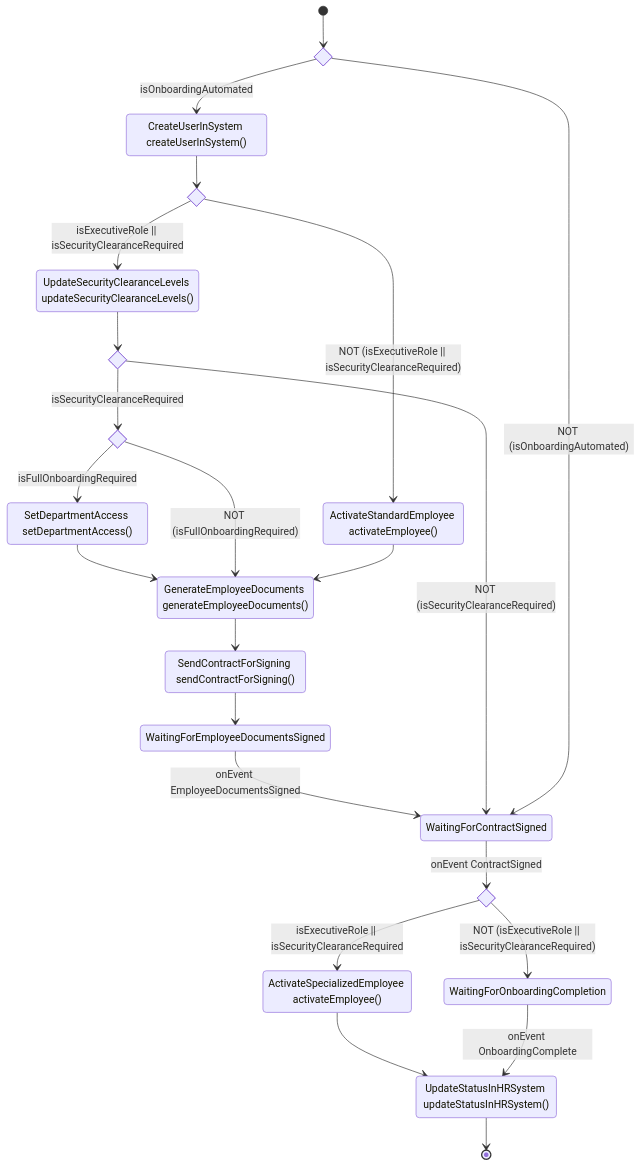
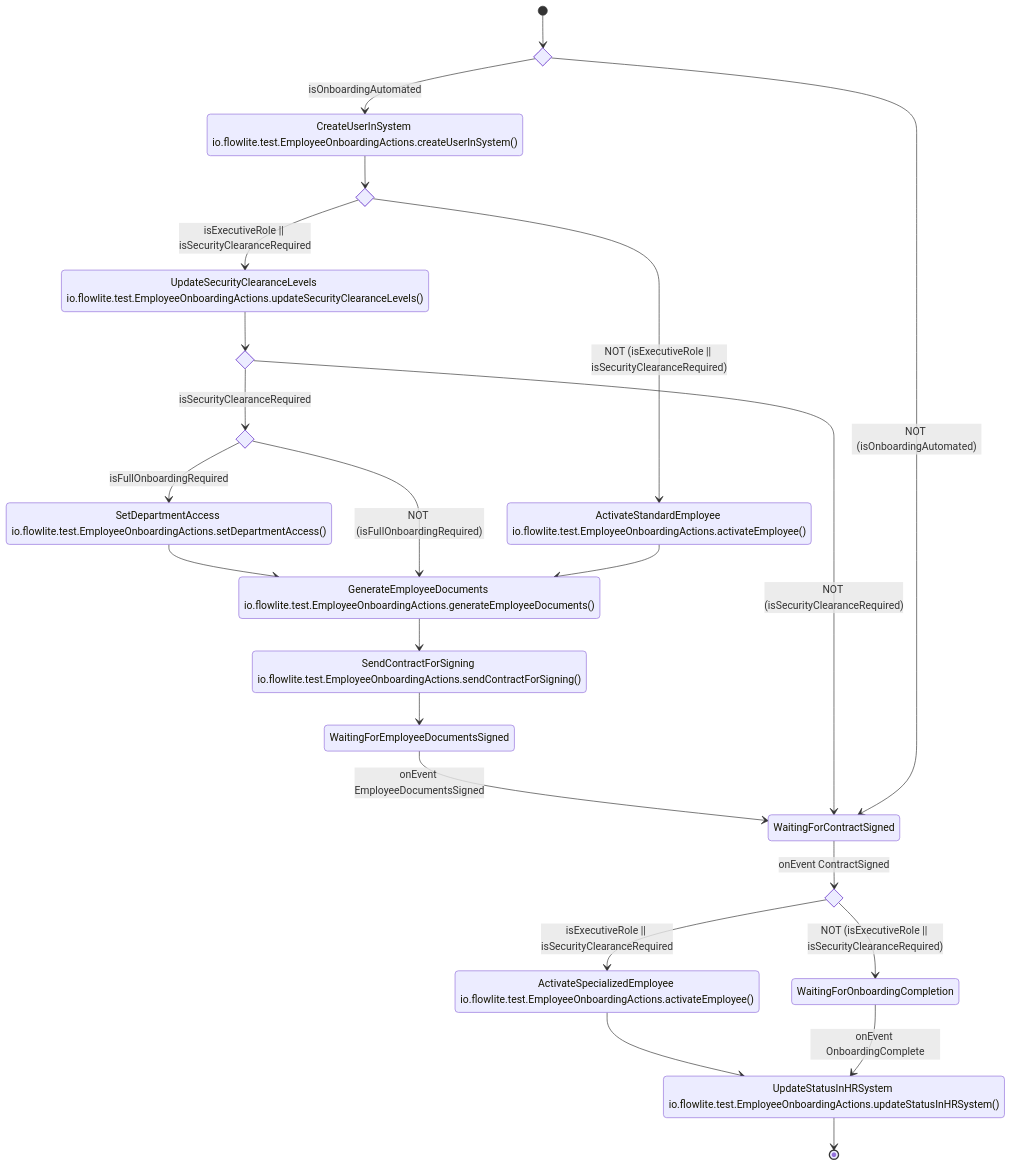
Before and after one commit to marcingurbisz/flowlite: the second of 3 diagrams in README.md, drawn with Mermaid. The commit also changed other lines of this file and 9 other files, not shown here.

````diff
--- a/README.md
+++ b/README.md
@@ -222,39 +222,39 @@
 ```mermaid
 stateDiagram-v2
     state if_isonboardingautomated <<choice>>
     state if_isexecutiverole_issecurityclearancerequired <<choice>>
     state if_issecurityclearancerequired <<choice>>
     state if_isfullonboardingrequired <<choice>>
     state if_isexecutiverole_issecurityclearancerequired_2 <<choice>>
     [*] --> if_isonboardingautomated
     if_isonboardingautomated --> CreateUserInSystem: isOnboardingAutomated
-    CreateUserInSystem: CreateUserInSystem createUserInSystem()
+    CreateUserInSystem: CreateUserInSystem io.flowlite.test.EmployeeOnboardingActions.createUserInSystem()
     CreateUserInSystem --> if_isexecutiverole_issecurityclearancerequired
     if_isexecutiverole_issecurityclearancerequired --> UpdateSecurityClearanceLevels: isExecutiveRole || isSecurityClearanceRequired
-    UpdateSecurityClearanceLevels: UpdateSecurityClearanceLevels updateSecurityClearanceLevels()
+    UpdateSecurityClearanceLevels: UpdateSecurityClearanceLevels io.flowlite.test.EmployeeOnboardingActions.updateSecurityClearanceLevels()
     UpdateSecurityClearanceLevels --> if_issecurityclearancerequired
     if_issecurityclearancerequired --> if_isfullonboardingrequired: isSecurityClearanceRequired
     if_isfullonboardingrequired --> SetDepartmentAccess: isFullOnboardingRequired
-    SetDepartmentAccess: SetDepartmentAccess setDepartmentAccess()
+    SetDepartmentAccess: SetDepartmentAccess io.flowlite.test.EmployeeOnboardingActions.setDepartmentAccess()
     SetDepartmentAccess --> GenerateEmployeeDocuments
-    GenerateEmployeeDocuments: GenerateEmployeeDocuments generateEmployeeDocuments()
+    GenerateEmployeeDocuments: GenerateEmployeeDocuments io.flowlite.test.EmployeeOnboardingActions.generateEmployeeDocuments()
     GenerateEmployeeDocuments --> SendContractForSigning
-    SendContractForSigning: SendContractForSigning sendContractForSigning()
+    SendContractForSigning: SendContractForSigning io.flowlite.test.EmployeeOnboardingActions.sendContractForSigning()
     SendContractForSigning --> WaitingForEmployeeDocumentsSigned
     WaitingForEmployeeDocumentsSigned --> WaitingForContractSigned: onEvent EmployeeDocumentsSigned
     WaitingForContractSigned --> if_isexecutiverole_issecurityclearancerequired_2: onEvent ContractSigned
     if_isexecutiverole_issecurityclearancerequired_2 --> ActivateSpecializedEmployee: isExecutiveRole || isSecurityClearanceRequired
-    ActivateSpecializedEmployee: ActivateSpecializedEmployee activateEmployee()
+    ActivateSpecializedEmployee: ActivateSpecializedEmployee io.flowlite.test.EmployeeOnboardingActions.activateEmployee()
     ActivateSpecializedEmployee --> UpdateStatusInHRSystem
-    UpdateStatusInHRSystem: UpdateStatusInHRSystem updateStatusInHRSystem()
+    UpdateStatusInHRSystem: UpdateStatusInHRSystem io.flowlite.test.EmployeeOnboardingActions.updateStatusInHRSystem()
     if_isexecutiverole_issecurityclearancerequired_2 --> WaitingForOnboardingCompletion: NOT (isExecutiveRole || isSecurityClearanceRequired)
     WaitingForOnboardingCompletion --> UpdateStatusInHRSystem: onEvent OnboardingComplete
     if_isfullonboardingrequired --> GenerateEmployeeDocuments: NOT (isFullOnboardingRequired)
     if_issecurityclearancerequired --> WaitingForContractSigned: NOT (isSecurityClearanceRequired)
     if_isexecutiverole_issecurityclearancerequired --> ActivateStandardEmployee: NOT (isExecutiveRole || isSecurityClearanceRequired)
-    ActivateStandardEmployee: ActivateStandardEmployee activateEmployee()
+    ActivateStandardEmployee: ActivateStandardEmployee io.flowlite.test.EmployeeOnboardingActions.activateEmployee()
     ActivateStandardEmployee --> GenerateEmployeeDocuments
     if_isonboardingautomated --> WaitingForContractSigned: NOT (isOnboardingAutomated)
     UpdateStatusInHRSystem --> [*]
 
 ```
````
